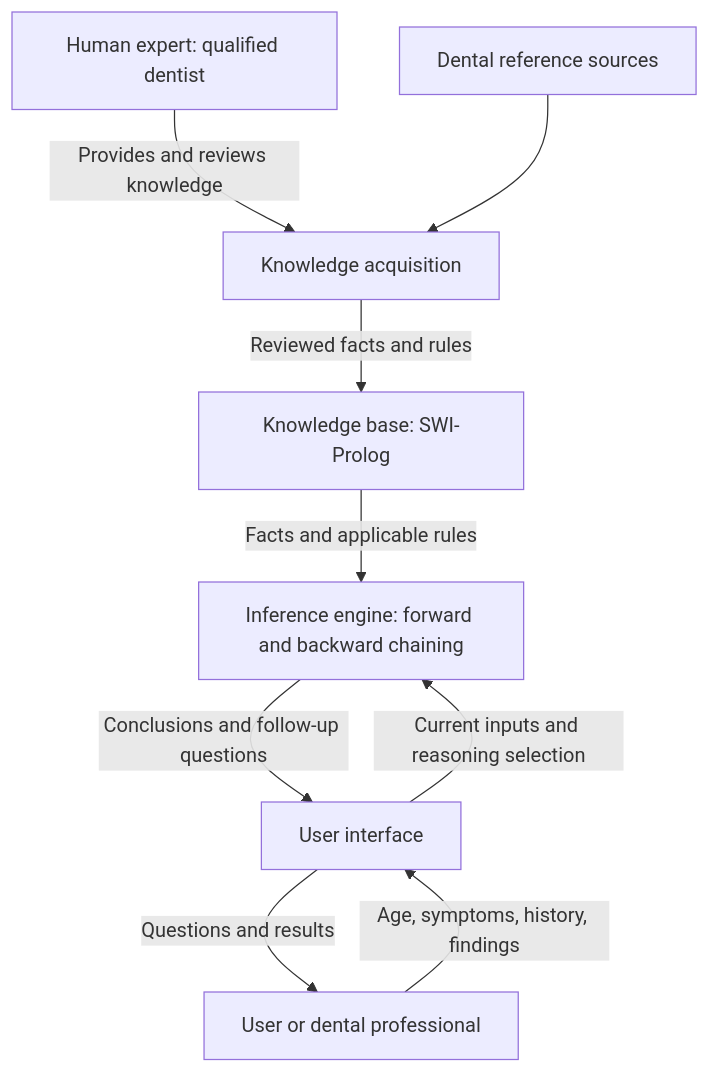
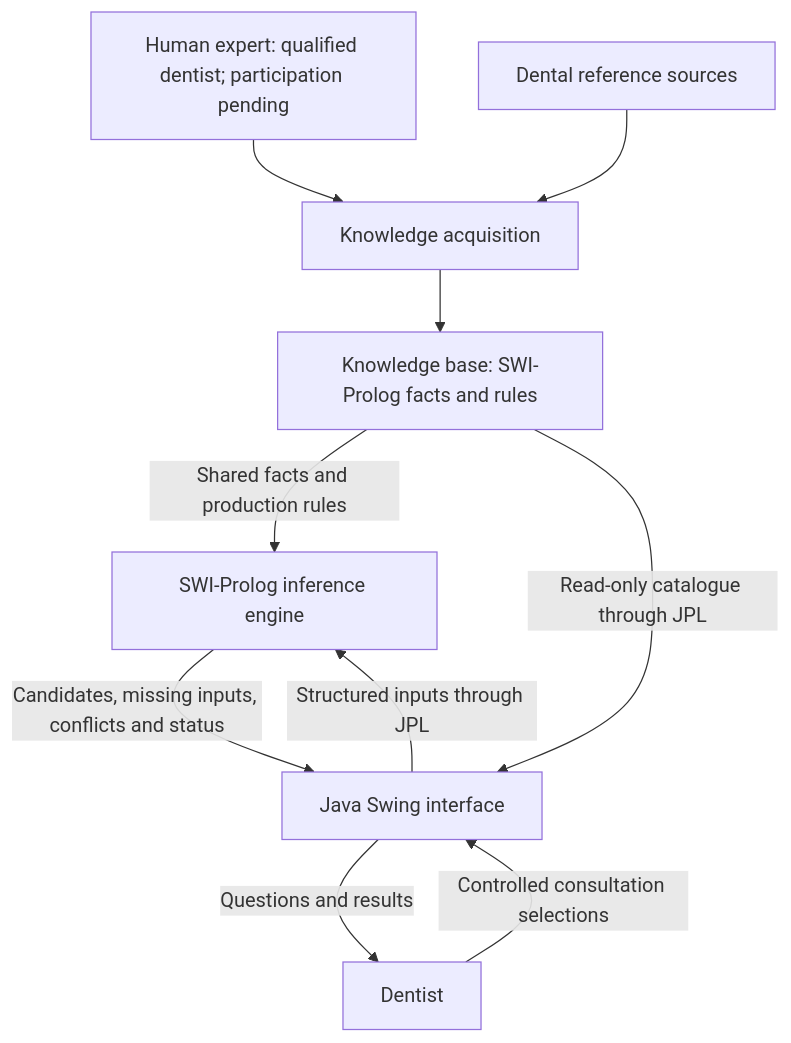
One commit to vishwajayawickrama/dental-expert-system changed the diagram in docs/project-proposal.md. Above: the diagram before and after it, drawn with Mermaid. The commit also changed other lines of this file and 20 other files, not shown here.

Commit message:
Build DentalExplain desktop expert system

````diff
--- a/docs/project-proposal.md
+++ b/docs/project-proposal.md
@@ -80,11 +62,12 @@
 ```mermaid
 flowchart TD
-    Expert["Human expert: qualified dentist"] -->|"Provides and reviews knowledge"| Acquisition["Knowledge acquisition"]
+    Expert["Human expert: qualified dentist; participation pending"] --> Acquisition["Knowledge acquisition"]
     Sources["Dental reference sources"] --> Acquisition
-    Acquisition -->|"Reviewed facts and rules"| KB["Knowledge base: SWI-Prolog"]
-    User["User or dental professional"] -->|"Age, symptoms, history, findings"| UI["User interface"]
-    UI -->|"Current inputs and reasoning selection"| Engine["Inference engine: forward and backward chaining"]
-    KB -->|"Facts and applicable rules"| Engine
-    Engine -->|"Conclusions and follow-up questions"| UI
-    UI -->|"Questions and results"| User
+    Acquisition --> KB["Knowledge base: SWI-Prolog facts and rules"]
+    Dentist["Dentist"] -->|"Controlled consultation selections"| UI["Java Swing interface"]
+    UI -->|"Structured inputs through JPL"| Engine["SWI-Prolog inference engine"]
+    KB -->|"Shared facts and production rules"| Engine
+    Engine -->|"Candidates, missing inputs, conflicts and status"| UI
+    UI -->|"Questions and results"| Dentist
+    KB -->|"Read-only catalogue through JPL"| UI
 ```
````
